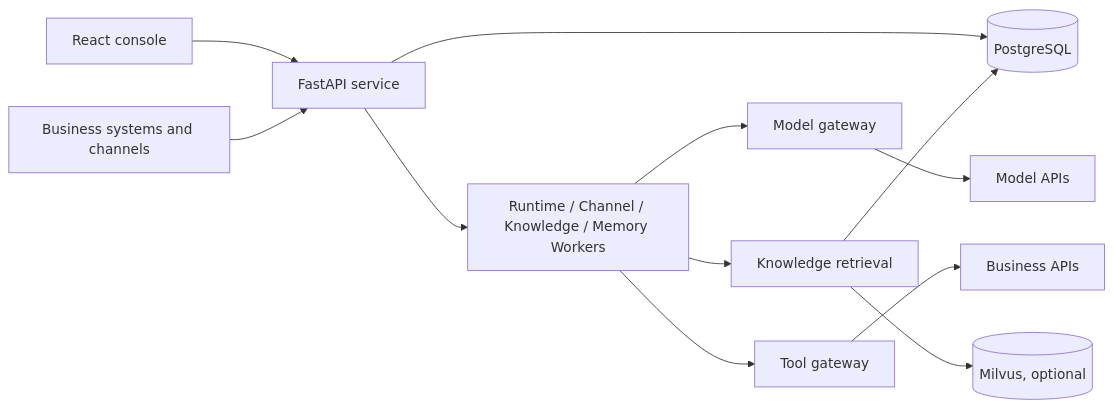
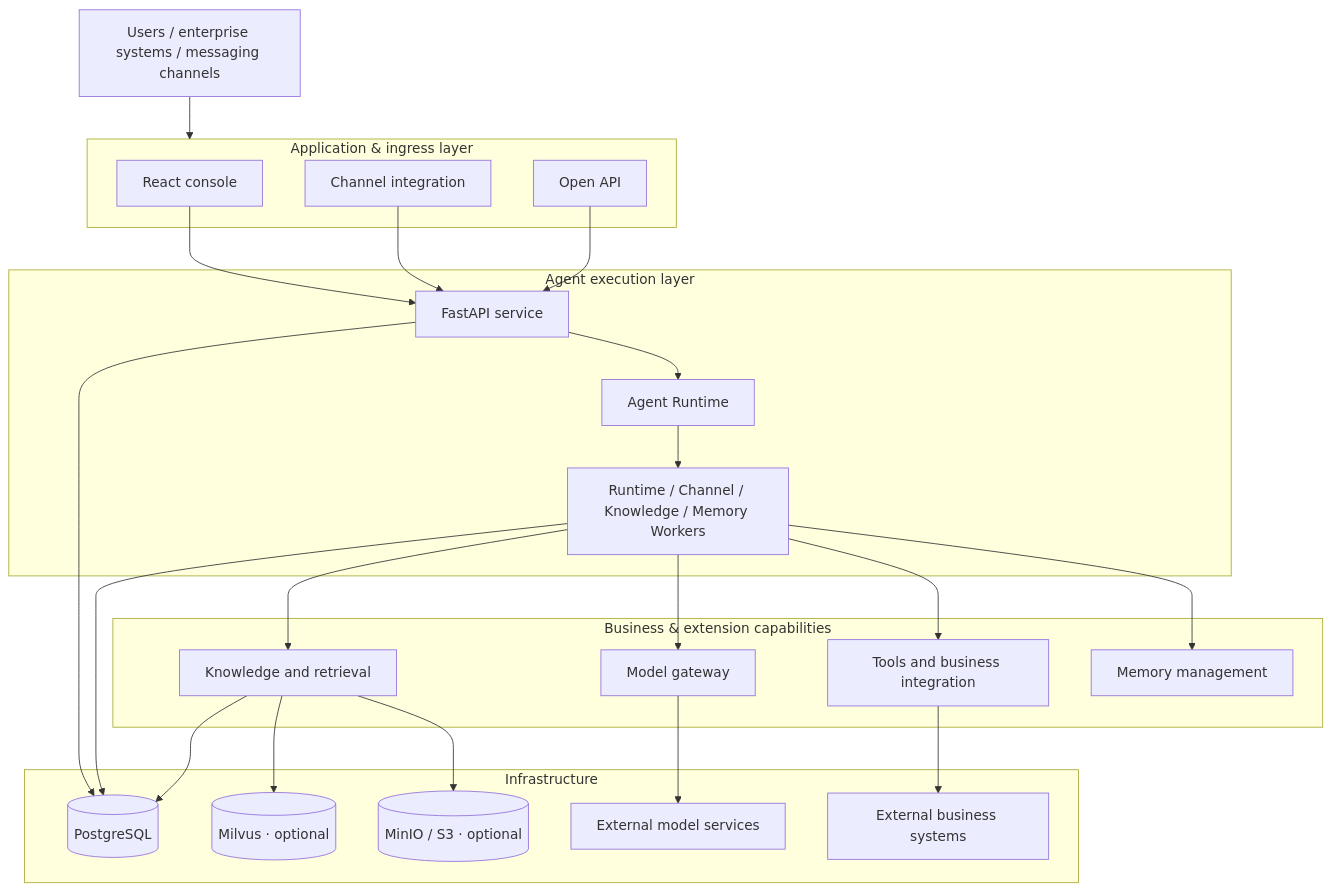
Before and after one commit to GroundedCoreAI/nexusdesk: the diagram in README.md, drawn with Mermaid. The commit also changed other lines of this file and 3 other files, not shown here.

First line of the commit message:
docs(repo): --no-issue 重写 README 并补充中英产品模块架构图

````diff
--- a/README.md
+++ b/README.md
@@ -136,14 +211,51 @@
 ```mermaid
-flowchart LR
-    Console[React console] --> API[FastAPI service]
-    Channels[Business systems and channels] --> API
-    API --> PG[(PostgreSQL)]
-    API --> Workers[Runtime / Channel / Knowledge / Memory Workers]
-    Workers --> Gateway[Model gateway]
-    Workers --> Tools[Tool gateway]
-    Workers --> Retrieval[Knowledge retrieval]
-    Gateway --> Models[Model APIs]
-    Tools --> Business[Business APIs]
-    Retrieval --> PG
-    Retrieval --> Milvus[(Milvus, optional)]
+flowchart TB
+    User[Users / enterprise systems / messaging channels]
+
+    subgraph Application["Application & ingress layer"]
+        Console[React console]
+        Channel[Channel integration]
+        OpenAPI[Open API]
+    end
+
+    subgraph Runtime["Agent execution layer"]
+        API[FastAPI service]
+        Agent[Agent Runtime]
+        Workers[Runtime / Channel / Knowledge / Memory Workers]
+    end
+
+    subgraph Capabilities["Business & extension capabilities"]
+        Gateway[Model gateway]
+        Tools[Tools and business integration]
+        Knowledge[Knowledge and retrieval]
+        Memory[Memory management]
+    end
+
+    subgraph Infrastructure["Infrastructure"]
+        PG[(PostgreSQL)]
+        Milvus[(Milvus · optional)]
+        S3[(MinIO / S3 · optional)]
+        Models[External model services]
+        Business[External business systems]
+    end
+
+    User --> Application
+    Console --> API
+    Channel --> API
+    OpenAPI --> API
+
+    API --> Agent
+    Agent --> Workers
+    Workers --> Gateway
+    Workers --> Tools
+    Workers --> Knowledge
+    Workers --> Memory
+
+    API --> PG
+    Workers --> PG
+    Knowledge --> PG
+    Knowledge --> Milvus
+    Knowledge --> S3
+    Gateway --> Models
+    Tools --> Business
 ```
````
